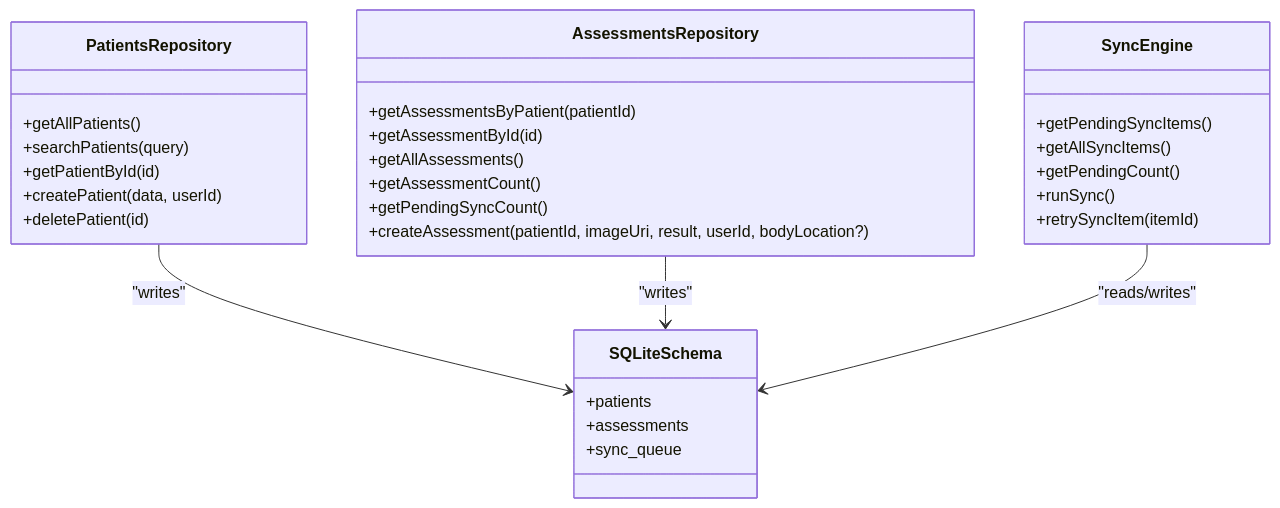
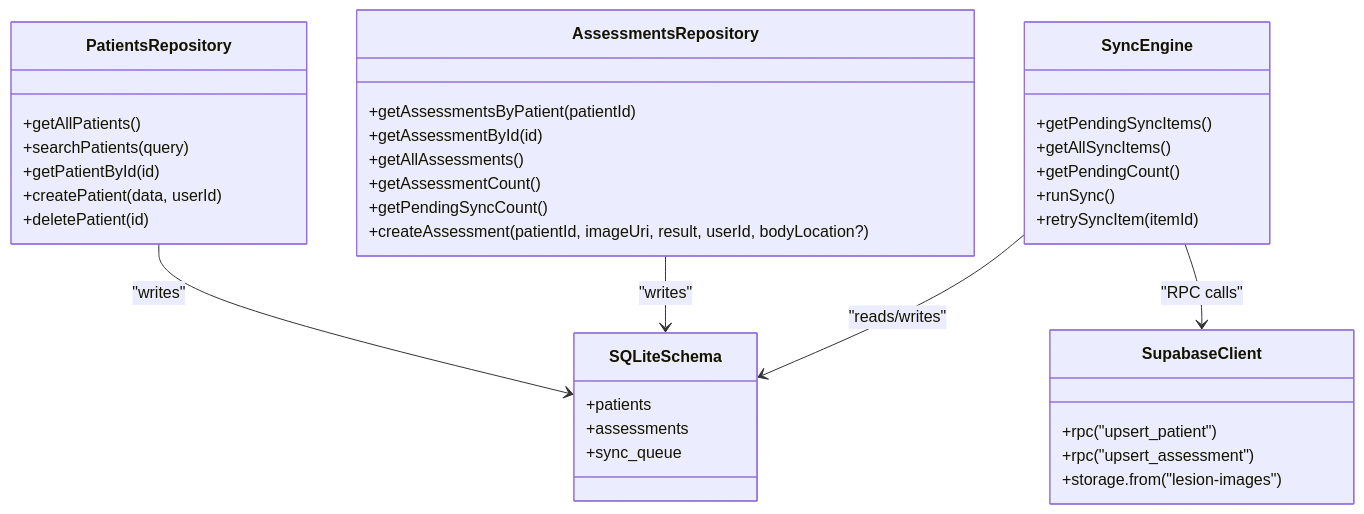
The eighth of 10 diagrams in .qoder/repowiki/en/content/Synchronization System.md (AdeelTahir-SE/DermSight), drawn with Mermaid before and after one commit. The commit also changed other lines of this file and 33 other files, not shown here.

````diff
--- a/.qoder/repowiki/en/content/Synchronization System.md
+++ b/.qoder/repowiki/en/content/Synchronization System.md
@@ -282,33 +462,39 @@
 ```mermaid
 classDiagram
 class PatientsRepository {
 +getAllPatients()
 +searchPatients(query)
 +getPatientById(id)
 +createPatient(data, userId)
 +deletePatient(id)
 }
 class AssessmentsRepository {
 +getAssessmentsByPatient(patientId)
 +getAssessmentById(id)
 +getAllAssessments()
 +getAssessmentCount()
 +getPendingSyncCount()
 +createAssessment(patientId, imageUri, result, userId, bodyLocation?)
 }
 class SyncEngine {
 +getPendingSyncItems()
 +getAllSyncItems()
 +getPendingCount()
 +runSync()
 +retrySyncItem(itemId)
 }
+class SupabaseClient {
++rpc("upsert_patient")
++rpc("upsert_assessment")
++storage.from("lesion-images")
+}
 class SQLiteSchema {
 +patients
 +assessments
 +sync_queue
 }
 PatientsRepository --> SQLiteSchema : "writes"
 AssessmentsRepository --> SQLiteSchema : "writes"
 SyncEngine --> SQLiteSchema : "reads/writes"
+SyncEngine --> SupabaseClient : "RPC calls"
 ```
````
